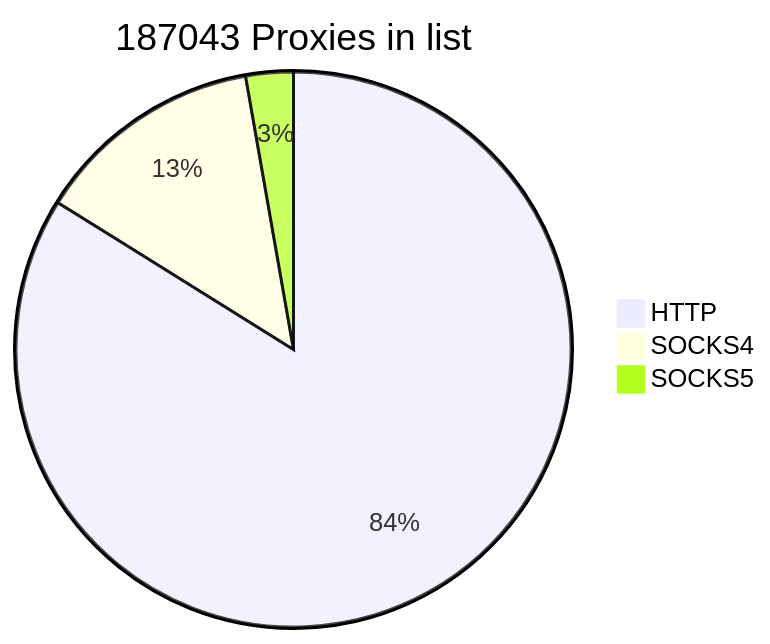
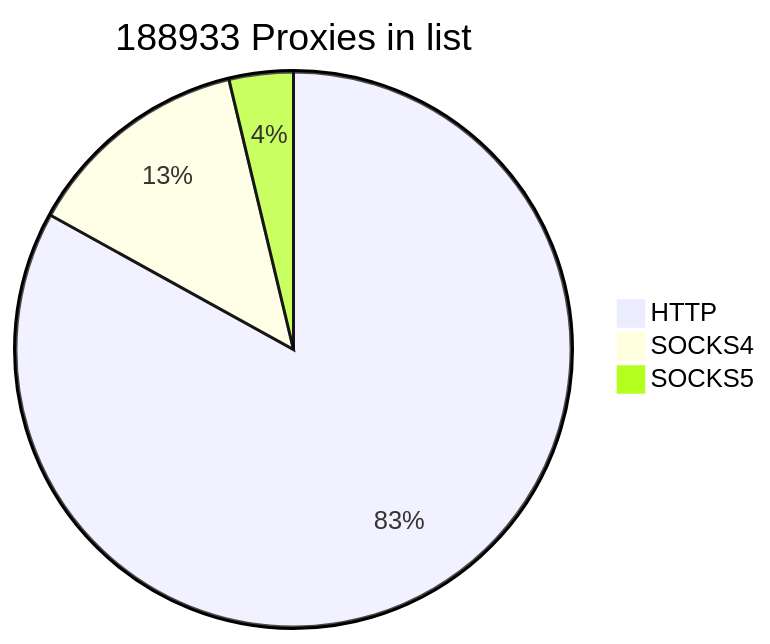
One commit to cutipu/proxylist changed the first of 2 diagrams in README.md. Above: the diagram before and after it, drawn with Mermaid. The commit also changed other lines of this file, not shown here.

````diff
--- a/README.md
+++ b/README.md
@@ -2,7 +2,7 @@
 ```mermaid
-pie title 187043 Proxies in list
+pie title 188933 Proxies in list
     "HTTP" : 156882
     "SOCKS4" : 24992
-    "SOCKS5" : 5169
+    "SOCKS5" : 7059
             
 ```
````
